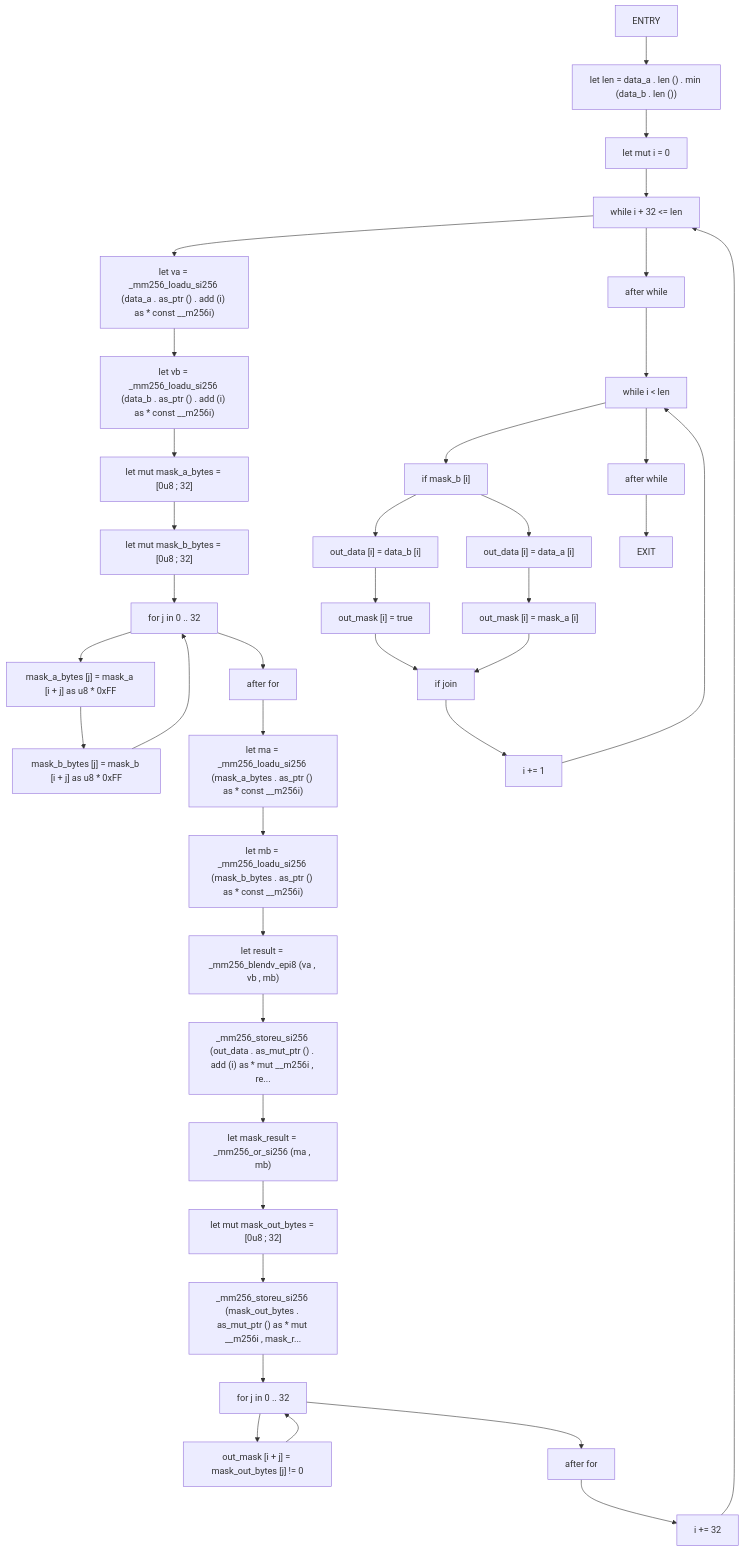
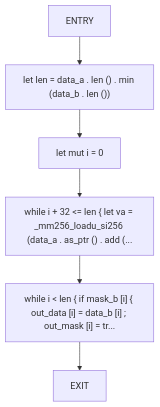
Before and after one commit to cicero-violate/MMSB: diagram 18 of 40 in docs/analysis/cfg/010-src-01_page.md, drawn with Mermaid. The commit also changed other lines of this file and 865 other files, not shown here.

````diff
--- a/docs/analysis/cfg/010-src-01_page.md
+++ b/docs/analysis/cfg/010-src-01_page.md
@@ -695,75 +515,14 @@
 ```mermaid
 flowchart TD
     merge_dense_avx2_0["ENTRY"]
     merge_dense_avx2_1["let len = data_a . len () . min (data_b . len ())"]
     merge_dense_avx2_2["let mut i = 0"]
-    merge_dense_avx2_3["while i + 32 <= len"]
-    merge_dense_avx2_4["let va = _mm256_loadu_si256 (data_a . as_ptr () . add (i) as * const __m256i)"]
-    merge_dense_avx2_5["let vb = _mm256_loadu_si256 (data_b . as_ptr () . add (i) as * const __m256i)"]
-    merge_dense_avx2_6["let mut mask_a_bytes = [0u8 ; 32]"]
-    merge_dense_avx2_7["let mut mask_b_bytes = [0u8 ; 32]"]
-    merge_dense_avx2_8["for j in 0 .. 32"]
-    merge_dense_avx2_9["mask_a_bytes [j] = mask_a [i + j] as u8 * 0xFF"]
-    merge_dense_avx2_10["mask_b_bytes [j] = mask_b [i + j] as u8 * 0xFF"]
-    merge_dense_avx2_11["after for"]
-    merge_dense_avx2_12["let ma = _mm256_loadu_si256 (mask_a_bytes . as_ptr () as * const __m256i)"]
-    merge_dense_avx2_13["let mb = _mm256_loadu_si256 (mask_b_bytes . as_ptr () as * const __m256i)"]
-    merge_dense_avx2_14["let result = _mm256_blendv_epi8 (va , vb , mb)"]
-    merge_dense_avx2_15["_mm256_storeu_si256 (out_data . as_mut_ptr () . add (i) as * mut __m256i , re..."]
-    merge_dense_avx2_16["let mask_result = _mm256_or_si256 (ma , mb)"]
-    merge_dense_avx2_17["let mut mask_out_bytes = [0u8 ; 32]"]
-    merge_dense_avx2_18["_mm256_storeu_si256 (mask_out_bytes . as_mut_ptr () as * mut __m256i , mask_r..."]
-    merge_dense_avx2_19["for j in 0 .. 32"]
-    merge_dense_avx2_20["out_mask [i + j] = mask_out_bytes [j] != 0"]
-    merge_dense_avx2_21["after for"]
-    merge_dense_avx2_22["i += 32"]
-    merge_dense_avx2_23["after while"]
-    merge_dense_avx2_24["while i < len"]
-    merge_dense_avx2_25["if mask_b [i]"]
-    merge_dense_avx2_26["out_data [i] = data_b [i]"]
-    merge_dense_avx2_27["out_mask [i] = true"]
-    merge_dense_avx2_28["out_data [i] = data_a [i]"]
-    merge_dense_avx2_29["out_mask [i] = mask_a [i]"]
-    merge_dense_avx2_30["if join"]
-    merge_dense_avx2_31["i += 1"]
-    merge_dense_avx2_32["after while"]
-    merge_dense_avx2_33["EXIT"]
+    merge_dense_avx2_3["while i + 32 <= len { let va = _mm256_loadu_si256 (data_a . as_ptr () . add (..."]
+    merge_dense_avx2_4["while i < len { if mask_b [i] { out_data [i] = data_b [i] ; out_mask [i] = tr..."]
+    merge_dense_avx2_5["EXIT"]
     merge_dense_avx2_0 --> merge_dense_avx2_1
     merge_dense_avx2_1 --> merge_dense_avx2_2
     merge_dense_avx2_2 --> merge_dense_avx2_3
     merge_dense_avx2_3 --> merge_dense_avx2_4
     merge_dense_avx2_4 --> merge_dense_avx2_5
-    merge_dense_avx2_5 --> merge_dense_avx2_6
-    merge_dense_avx2_6 --> merge_dense_avx2_7
-    merge_dense_avx2_7 --> merge_dense_avx2_8
-    merge_dense_avx2_8 --> merge_dense_avx2_9
-    merge_dense_avx2_9 --> merge_dense_avx2_10
-    merge_dense_avx2_10 --> merge_dense_avx2_8
-    merge_dense_avx2_8 --> merge_dense_avx2_11
-    merge_dense_avx2_11 --> merge_dense_avx2_12
-    merge_dense_avx2_12 --> merge_dense_avx2_13
-    merge_dense_avx2_13 --> merge_dense_avx2_14
-    merge_dense_avx2_14 --> merge_dense_avx2_15
-    merge_dense_avx2_15 --> merge_dense_avx2_16
-    merge_dense_avx2_16 --> merge_dense_avx2_17
-    merge_dense_avx2_17 --> merge_dense_avx2_18
-    merge_dense_avx2_18 --> merge_dense_avx2_19
-    merge_dense_avx2_19 --> merge_dense_avx2_20
-    merge_dense_avx2_20 --> merge_dense_avx2_19
-    merge_dense_avx2_19 --> merge_dense_avx2_21
-    merge_dense_avx2_21 --> merge_dense_avx2_22
-    merge_dense_avx2_22 --> merge_dense_avx2_3
-    merge_dense_avx2_3 --> merge_dense_avx2_23
-    merge_dense_avx2_23 --> merge_dense_avx2_24
-    merge_dense_avx2_24 --> merge_dense_avx2_25
-    merge_dense_avx2_25 --> merge_dense_avx2_26
-    merge_dense_avx2_26 --> merge_dense_avx2_27
-    merge_dense_avx2_25 --> merge_dense_avx2_28
-    merge_dense_avx2_28 --> merge_dense_avx2_29
-    merge_dense_avx2_27 --> merge_dense_avx2_30
-    merge_dense_avx2_29 --> merge_dense_avx2_30
-    merge_dense_avx2_30 --> merge_dense_avx2_31
-    merge_dense_avx2_31 --> merge_dense_avx2_24
-    merge_dense_avx2_24 --> merge_dense_avx2_32
-    merge_dense_avx2_32 --> merge_dense_avx2_33
 ```
````
